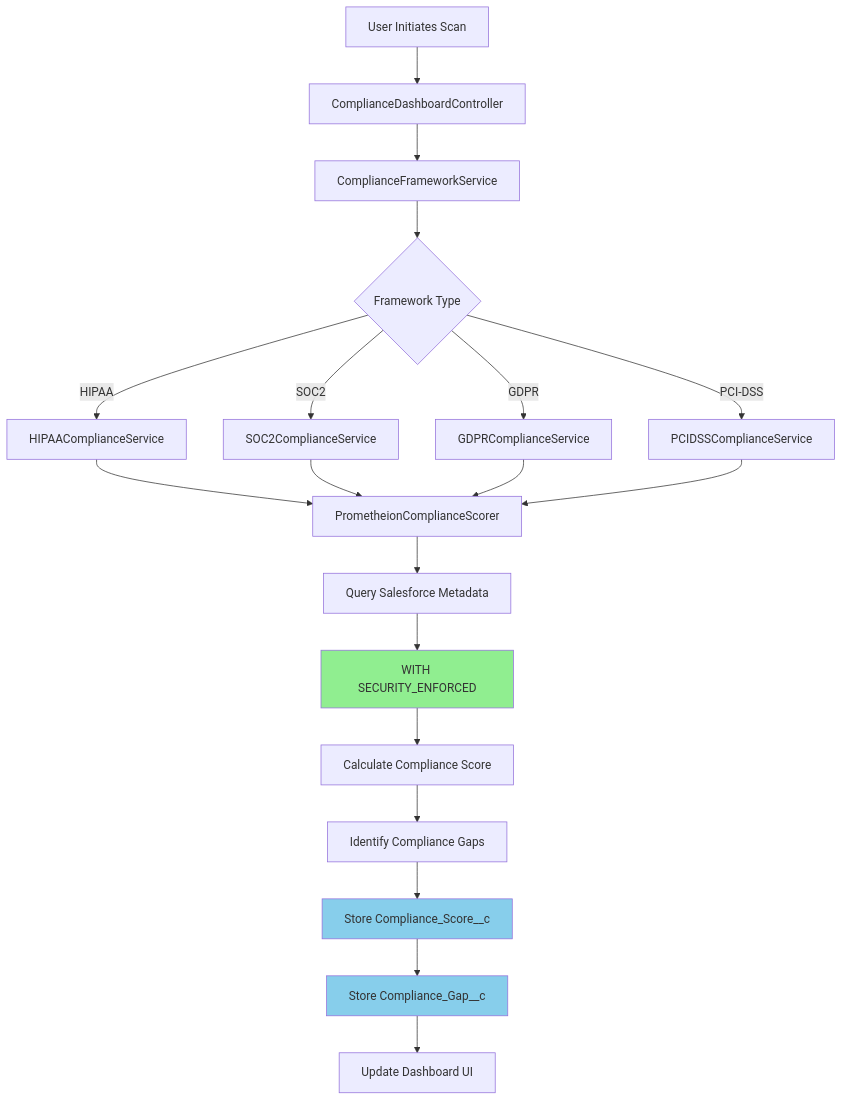
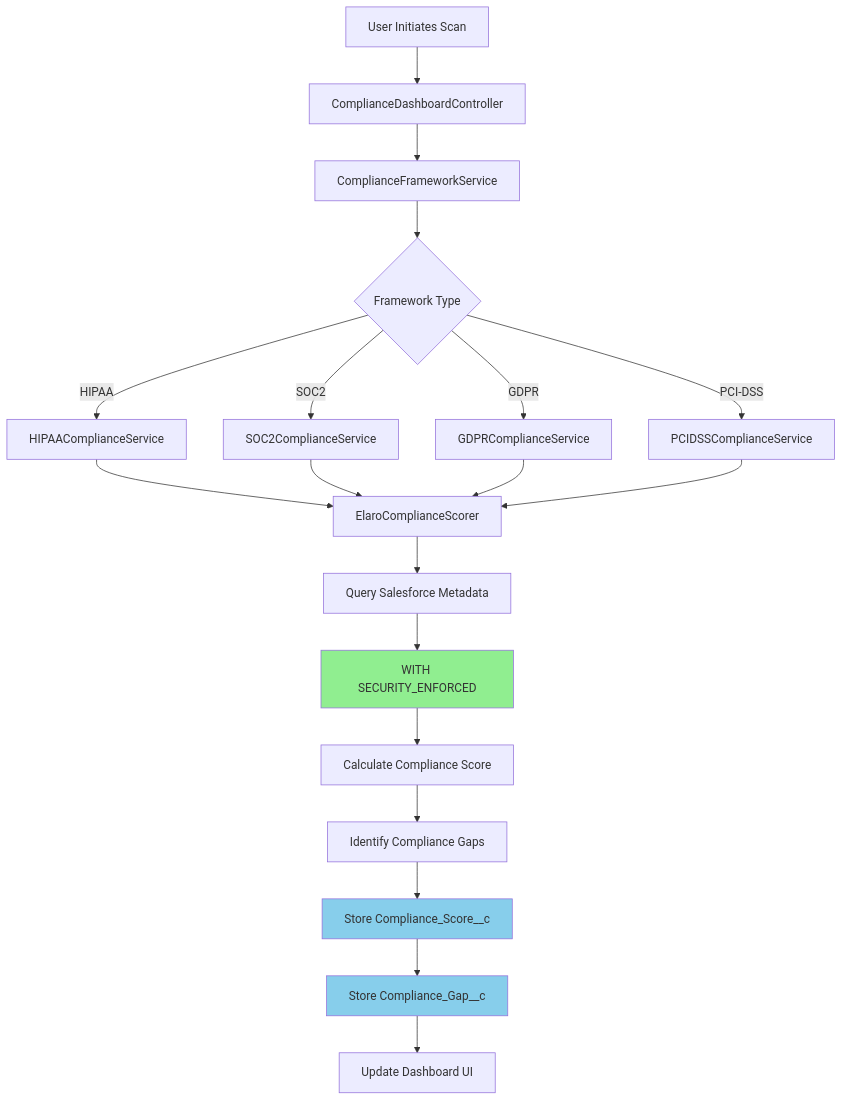
Before and after one commit to derickporter1993/Solentra---Prometheion: the first of 6 diagrams in docs/DATA_FLOWS.md, drawn with Mermaid. The commit also changed other lines of this file and 973 other files, not shown here.

First line of the commit message:
refactor: Rename Prometheion to Elaro across entire codebase

````diff
--- a/docs/DATA_FLOWS.md
+++ b/docs/DATA_FLOWS.md
@@ -16,27 +16,27 @@
 ```mermaid
 graph TD
     A[User Initiates Scan] --> B[ComplianceDashboardController]
     B --> C[ComplianceFrameworkService]
     C --> D{Framework Type}
     D -->|HIPAA| E[HIPAAComplianceService]
     D -->|SOC2| F[SOC2ComplianceService]
     D -->|GDPR| G[GDPRComplianceService]
     D -->|PCI-DSS| H[PCIDSSComplianceService]
 
-    E --> I[PrometheionComplianceScorer]
+    E --> I[ElaroComplianceScorer]
     F --> I
     G --> I
     H --> I
 
     I --> J[Query Salesforce Metadata]
     J --> K[WITH SECURITY_ENFORCED]
     K --> L[Calculate Compliance Score]
     L --> M[Identify Compliance Gaps]
     M --> N[Store Compliance_Score__c]
     N --> O[Store Compliance_Gap__c]
     O --> P[Update Dashboard UI]
 
     style K fill:#90EE90
     style N fill:#87CEEB
     style O fill:#87CEEB
 ```
````
